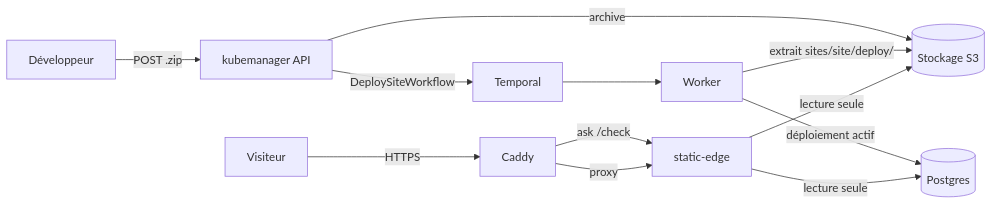
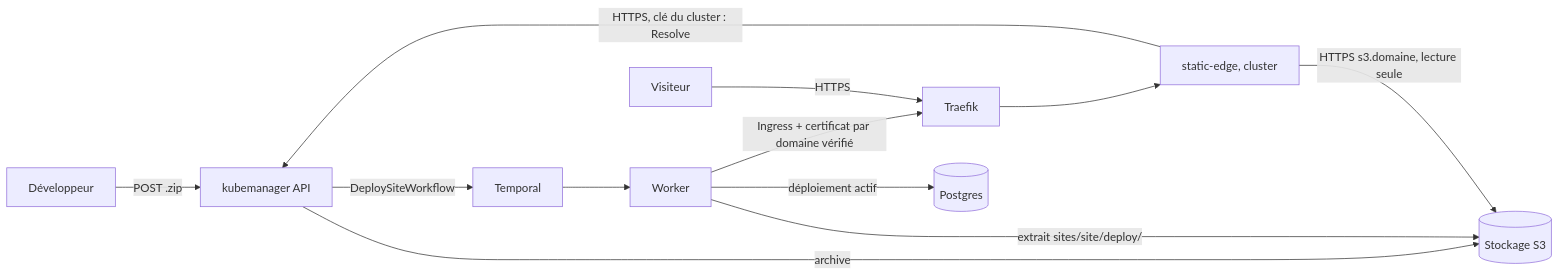
Before and after one commit to betorun/betomanager: the diagram in docs/modules/sites.md, drawn with Mermaid. The commit also changed other lines of this file and 72 other files, not shown here.

````diff
--- a/docs/modules/sites.md
+++ b/docs/modules/sites.md
@@ -7,15 +7,15 @@
 ```mermaid
 graph LR
     Dev[Développeur] -->|POST .zip| API[kubemanager API]
     API -->|archive| S3[(Stockage S3)]
     API -->|DeploySiteWorkflow| Temporal
     Temporal --> Worker[Worker]
     Worker -->|extrait sites/site/deploy/| S3
     Worker -->|déploiement actif| PG[(Postgres)]
 
-    Visiteur -->|HTTPS| Caddy
-    Caddy -->|ask /check| Edge[static-edge]
-    Caddy -->|proxy| Edge
-    Edge -->|lecture seule| PG
-    Edge -->|lecture seule| S3
+    Visiteur -->|HTTPS| Traefik
+    Traefik --> Edge[static-edge, cluster]
+    Edge -->|HTTPS, clé du cluster : Resolve| API
+    Edge -->|HTTPS s3.domaine, lecture seule| S3
+    Worker -->|Ingress + certificat par domaine vérifié| Traefik
 ```
````
